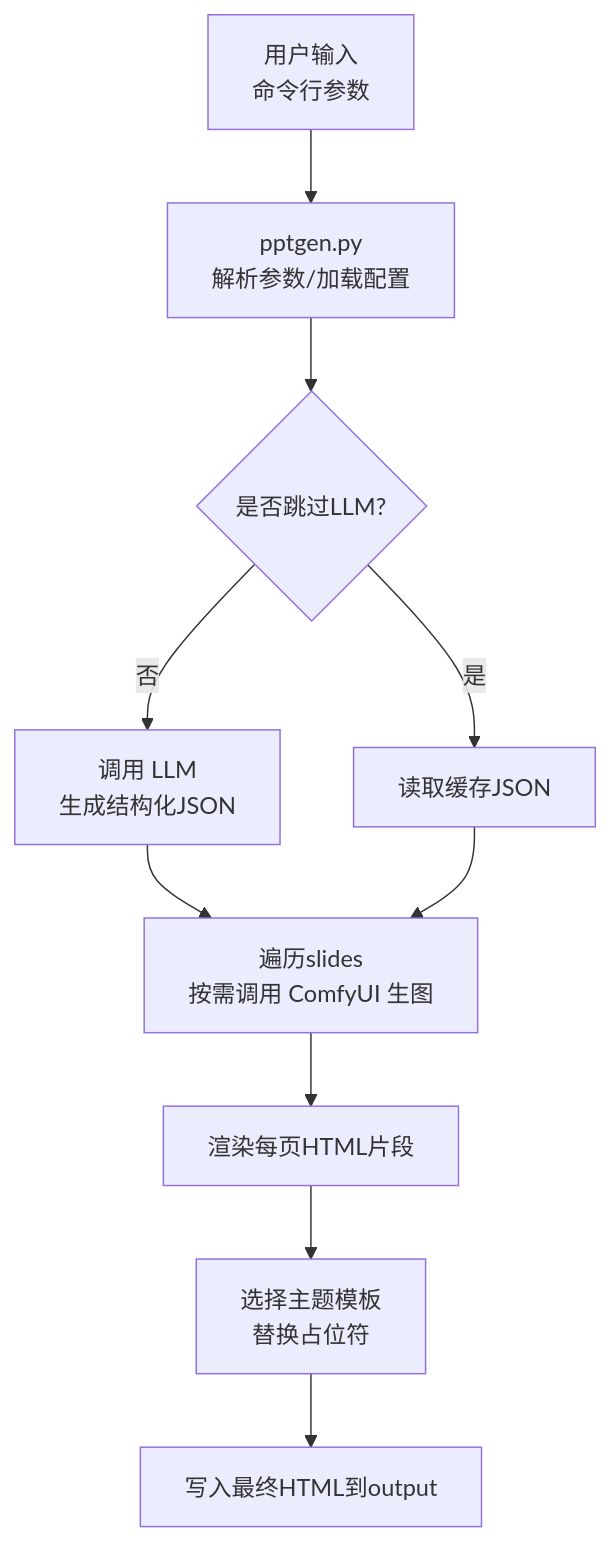
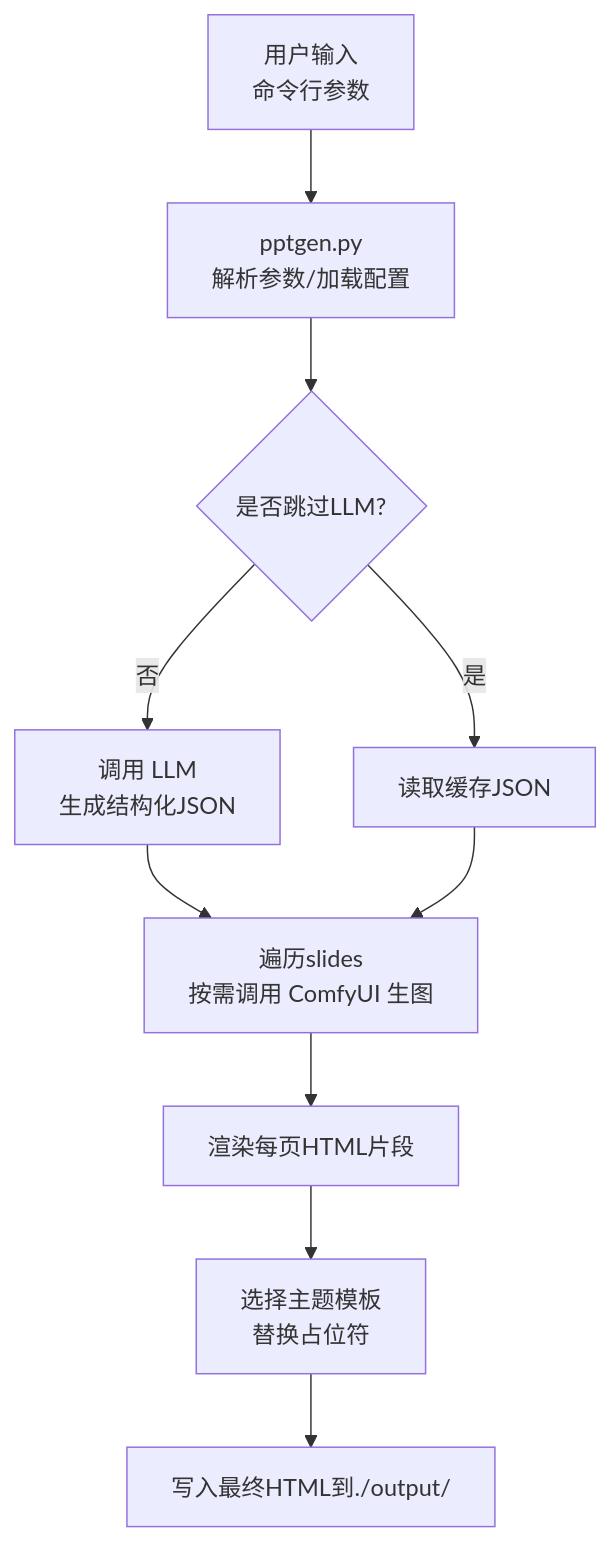
Before and after one commit to swond-Mao/Tiffa: the first of 6 diagrams in .qoder/repowiki/zh/content/技能系统/演示文稿技能/PPTGen 技能.md, drawn with Mermaid. The commit also changed other lines of this file and 73 other files, not shown here.

First line of the commit message:
feat: Tiffa 品牌图标 + Computer Use v2 + WebP 静默崩修复

````diff
--- a/.qoder/repowiki/zh/content/技能系统/演示文稿技能/PPTGen 技能.md
+++ b/.qoder/repowiki/zh/content/技能系统/演示文稿技能/PPTGen 技能.md
@@ -41,12 +51,12 @@
 ```mermaid
 graph TB
 A["用户输入<br/>命令行参数"] --> B["pptgen.py<br/>解析参数/加载配置"]
 B --> C{"是否跳过LLM?"}
 C -- 否 --> D["调用 LLM<br/>生成结构化JSON"]
 C -- 是 --> E["读取缓存JSON"]
 D --> F["遍历slides<br/>按需调用 ComfyUI 生图"]
 E --> F
 F --> G["渲染每页HTML片段"]
 G --> H["选择主题模板<br/>替换占位符"]
-H --> I["写入最终HTML到output"]
+H --> I["写入最终HTML到./output/"]
 ```
````
